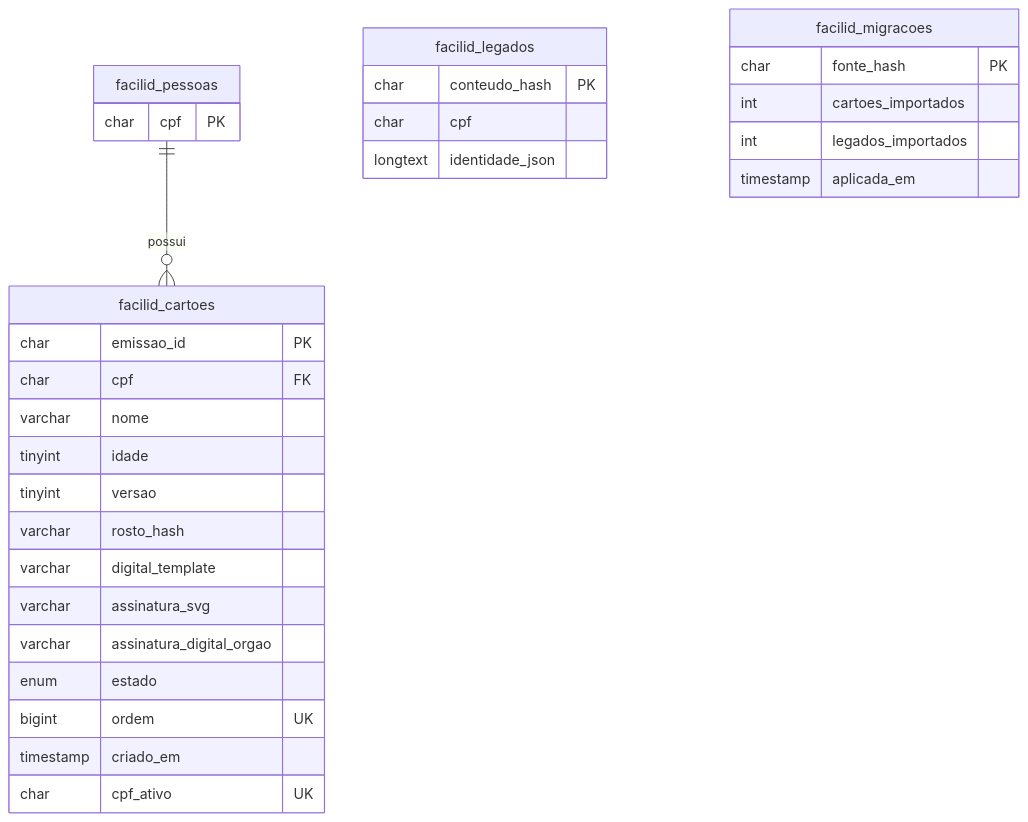
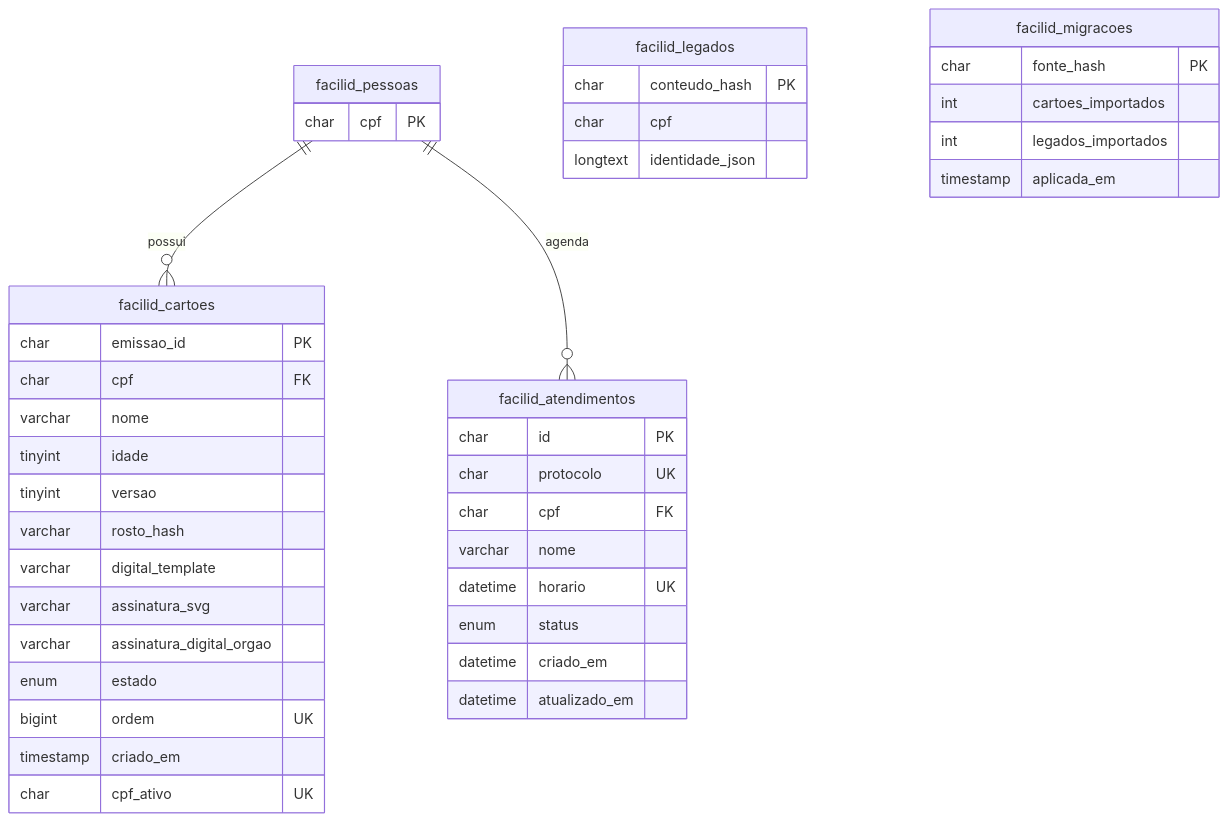
One commit to marcoszhp/facilId changed the diagram in docs/BANCO-DE-DADOS.md. Above: the diagram before and after it, drawn with Mermaid. The commit also changed other lines of this file and 11 other files, not shown here.

````diff
--- a/docs/BANCO-DE-DADOS.md
+++ b/docs/BANCO-DE-DADOS.md
@@ -24,33 +24,44 @@
 ```mermaid
 erDiagram
   facilid_pessoas ||--o{ facilid_cartoes : possui
+  facilid_pessoas ||--o{ facilid_atendimentos : agenda
   facilid_pessoas {
     char cpf PK
   }
   facilid_cartoes {
     char emissao_id PK
     char cpf FK
     varchar nome
     tinyint idade
     tinyint versao
     varchar rosto_hash
     varchar digital_template
     varchar assinatura_svg
     varchar assinatura_digital_orgao
     enum estado
     bigint ordem UK
     timestamp criado_em
     char cpf_ativo UK
   }
+  facilid_atendimentos {
+    char id PK
+    char protocolo UK
+    char cpf FK
+    varchar nome
+    datetime horario UK
+    enum status
+    datetime criado_em
+    datetime atualizado_em
+  }
   facilid_legados {
     char conteudo_hash PK
     char cpf
     longtext identidade_json
   }
   facilid_migracoes {
     char fonte_hash PK
     int cartoes_importados
     int legados_importados
     timestamp aplicada_em
   }
 ```
````
